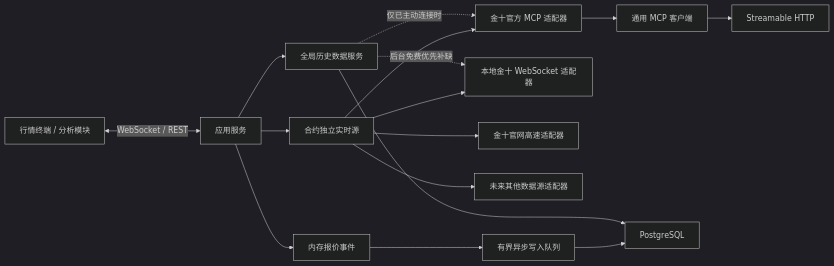
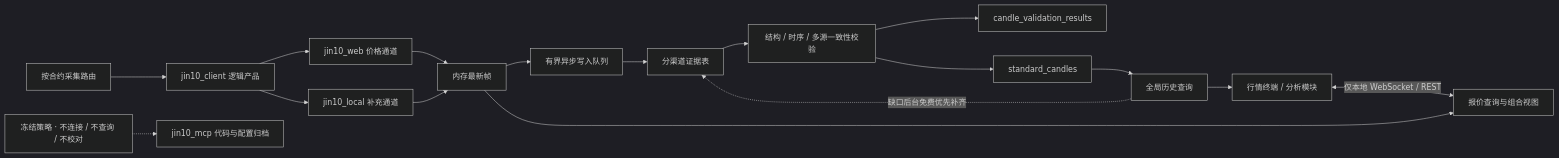
The diagram in docs/architecture.md (Daniel9572/TraceFang), drawn with Mermaid (dark theme) before and after one commit. The commit also changed other lines of this file and 30 other files, not shown here.

````diff
--- a/docs/architecture.md
+++ b/docs/architecture.md
@@ -15,18 +15,20 @@
 ```mermaid
 flowchart LR
-    UI["行情终端 / 分析模块"] <-->|"WebSocket / REST"| S["应用服务"]
-    S --> R["合约独立实时源"]
-    S --> C["全局历史数据服务"]
-    R --> JM["金十官方 MCP 适配器"]
-    R --> JD["本地金十 WebSocket 适配器"]
-    R --> JW["金十官网高速适配器"]
-    R --> O["未来其他数据源适配器"]
-    JM --> M["通用 MCP 客户端"]
-    M --> H["Streamable HTTP"]
-    S --> B["内存报价事件"]
-    B --> Q["有界异步写入队列"]
-    Q --> PG["PostgreSQL"]
-    C --> PG
-    C -.->|"后台免费优先补缺"| JD
-    C -.->|"仅已主动连接时"| JM
+    UI["行情终端 / 分析模块"] <-->|"仅本地 WebSocket / REST"| QV["报价查询与组合视图"]
+    AR["按合约采集路由"] --> JC["jin10_client 逻辑产品"]
+    JC --> JW["jin10_web 价格通道"]
+    JC --> JL["jin10_local 补充通道"]
+    JW --> HC["内存最新帧"]
+    JL --> HC
+    MF["jin10_mcp 代码与配置归档"]
+    FP["冻结策略 · 不连接 / 不查询 / 不校对"] -.-> MF
+    HC --> QV
+    HC --> WQ["有界异步写入队列"]
+    WQ --> RAW["分渠道证据表"]
+    RAW --> V["结构 / 时序 / 多源一致性校验"]
+    V --> VR["candle_validation_results"]
+    V --> STD["standard_candles"]
+    STD --> HS["全局历史查询"]
+    HS --> UI
+    HS -.->|"缺口后台免费优先补齐"| RAW
 ```
````
